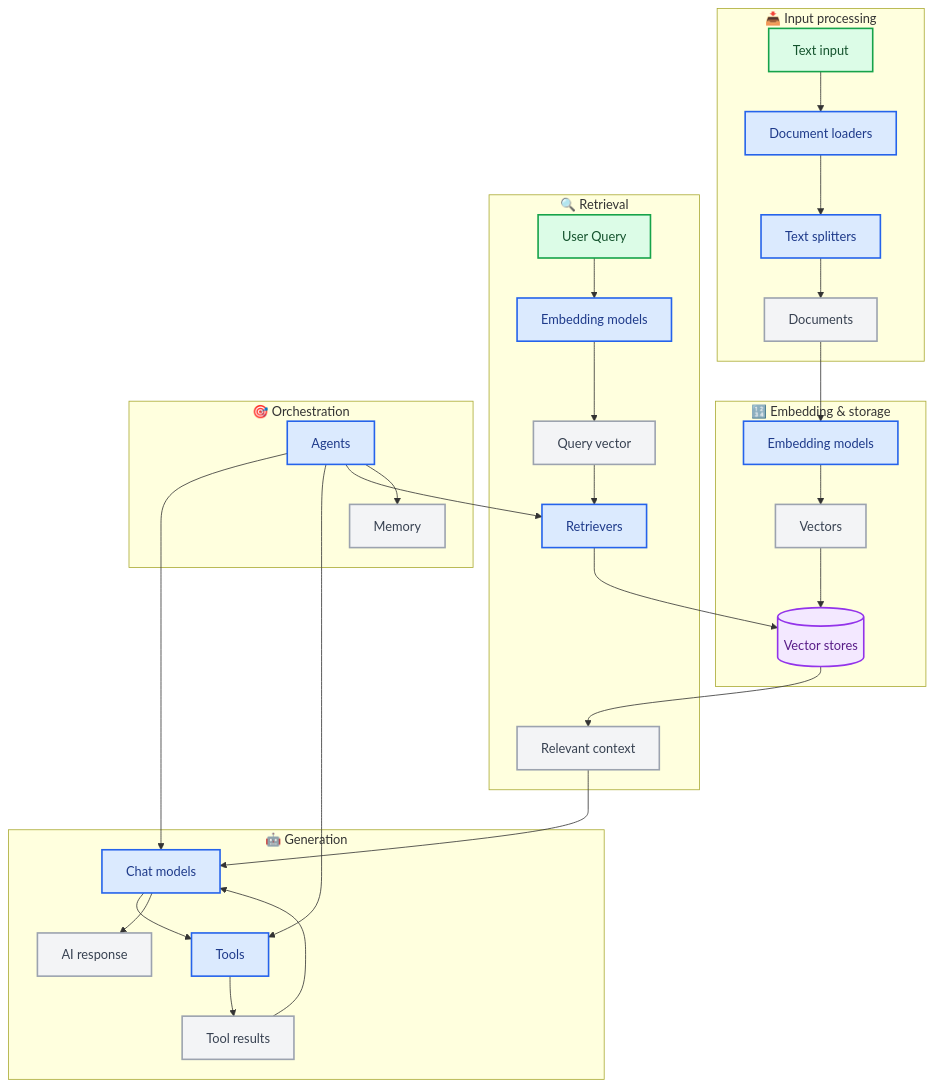
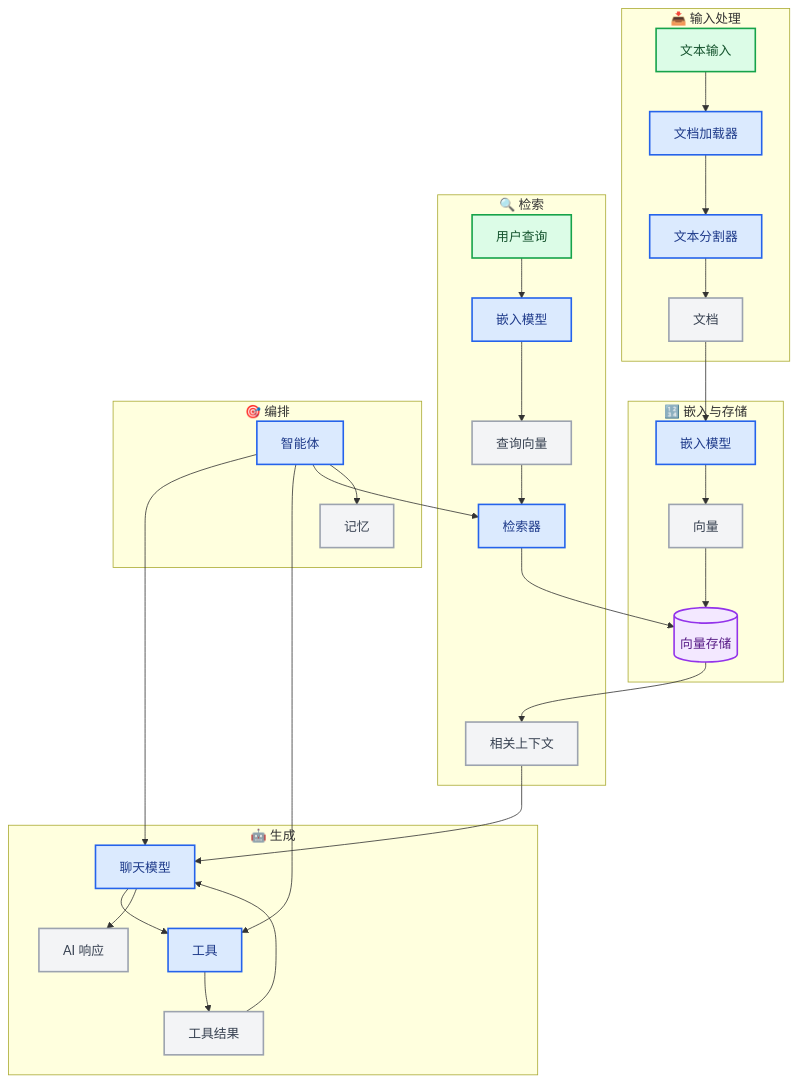
One commit to kunfan96/cndocs-langchain changed the first of 4 diagrams in oss/python/langchain/component-architecture.mdx. Above: the diagram before and after it, drawn with Mermaid. The commit also changed other lines of this file and 1030 other files, not shown here.

````diff
--- a/oss/python/langchain/component-architecture.mdx
+++ b/oss/python/langchain/component-architecture.mdx
@@ -11,52 +11,52 @@
 ```mermaid
 graph TD
-    %% Input processing
-    subgraph "📥 Input processing"
-        A[Text input] --> B[Document loaders]
-        B --> C[Text splitters]
-        C --> D[Documents]
+    %% 输入处理
+    subgraph "📥 输入处理"
+        A[文本输入] --> B[文档加载器]
+        B --> C[文本分割器]
+        C --> D[文档]
     end
 
-    %% Embedding & storage
-    subgraph "🔢 Embedding & storage"
-        D --> E[Embedding models]
-        E --> F[Vectors]
-        F --> G[(Vector stores)]
+    %% 嵌入与存储
+    subgraph "🔢 嵌入与存储"
+        D --> E[嵌入模型]
+        E --> F[向量]
+        F --> G[(向量存储)]
     end
 
-    %% Retrieval
-    subgraph "🔍 Retrieval"
-        H[User Query] --> I[Embedding models]
-        I --> J[Query vector]
-        J --> K[Retrievers]
+    %% 检索
+    subgraph "🔍 检索"
+        H[用户查询] --> I[嵌入模型]
+        I --> J[查询向量]
+        J --> K[检索器]
         K --> G
-        G --> L[Relevant context]
+        G --> L[相关上下文]
     end
 
-    %% Generation
-    subgraph "🤖 Generation"
-        M[Chat models] --> N[Tools]
-        N --> O[Tool results]
+    %% 生成
+    subgraph "🤖 生成"
+        M[聊天模型] --> N[工具]
+        N --> O[工具结果]
         O --> M
         L --> M
-        M --> P[AI response]
+        M --> P[AI 响应]
     end
 
-    %% Orchestration
-    subgraph "🎯 Orchestration"
-        Q[Agents] --> M
+    %% 编排
+    subgraph "🎯 编排"
+        Q[智能体] --> M
         Q --> N
         Q --> K
-        Q --> R[Memory]
+        Q --> R[记忆]
     end
 
     classDef trigger fill:#DCFCE7,stroke:#16A34A,stroke-width:2px,color:#14532D
     classDef process fill:#DBEAFE,stroke:#2563EB,stroke-width:2px,color:#1E3A8A
     classDef output fill:#F3E8FF,stroke:#9333EA,stroke-width:2px,color:#581C87
     classDef neutral fill:#F3F4F6,stroke:#9CA3AF,stroke-width:2px,color:#374151
 
     class A,H trigger
     class B,C,E,I,K,M,N,Q process
     class D,F,J,L,O,P,R neutral
     class G output
 ```
````
